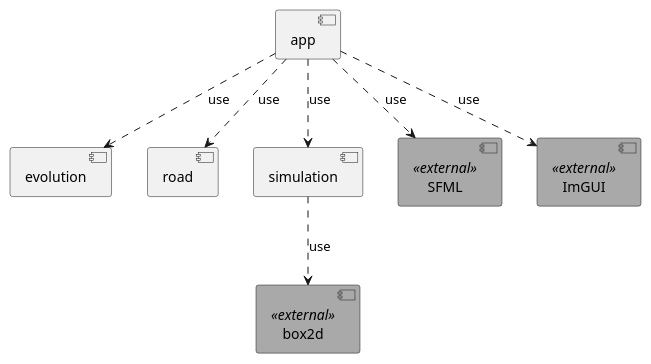
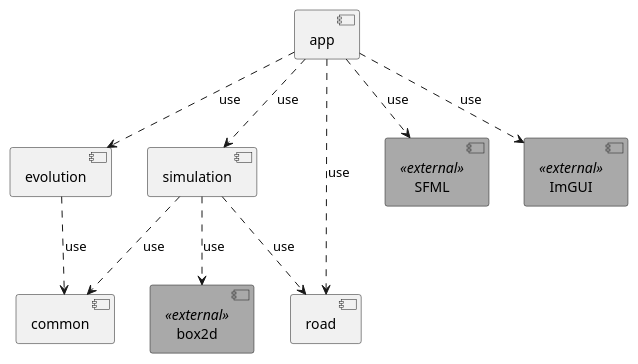
The diagram in docs/diagrams/packages.puml (mGarbowski/zpr-projekt), drawn with PlantUML before and after one commit.

Commit message:
update packages diagram

```diff
--- a/docs/diagrams/packages.puml
+++ b/docs/diagrams/packages.puml
@@ -1,27 +1,32 @@
 @startuml
 'https://plantuml.com/component-diagram
 
 
 component app
 component evolution
 component road
 component simulation
+component common
 component box2d <<external>>
 component SFML <<external>>
 component ImGUI <<external>>
 
 skinparam component {
     backgroundColor<<external>> DarkGray
 }
 
 app ..> evolution: use
 app ..> simulation: use
 app ..> road: use
 app ..> SFML: use
 app ..> ImGUI: use
 
+evolution ..> common: use
+
+simulation ..> common: use
 simulation ..> box2d: use
+simulation ..> road: use
 
 
 
 @enduml
```
